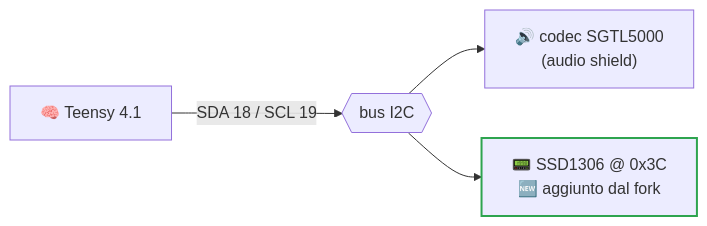
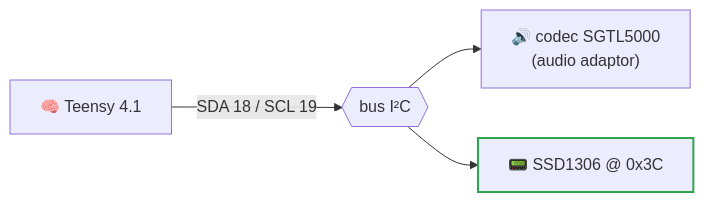
The second of 2 diagrams in README.it.md (luigismith/ichosynth), drawn with Mermaid before and after one commit. The commit also changed other lines of this file and 17 other files, not shown here.

````diff
--- a/README.it.md
+++ b/README.it.md
@@ -166,8 +189,8 @@
 ```mermaid
 flowchart LR
-    T["🧠 Teensy 4.1"] -- "SDA 18 / SCL 19" --> BUS{{"bus I2C"}}
-    BUS --> CODEC["🔊 codec SGTL5000<br/>(audio shield)"]
-    BUS --> OLED["📟 SSD1306 @ 0x3C<br/>🆕 aggiunto dal fork"]
+    T["🧠 Teensy 4.1"] -- "SDA 18 / SCL 19" --> BUS{{"bus I²C"}}
+    BUS --> CODEC["🔊 codec SGTL5000<br/>(audio adaptor)"]
+    BUS --> OLED["📟 SSD1306 @ 0x3C"]
 
     style OLED stroke:#2ea44f,stroke-width:2px
 ```
````
